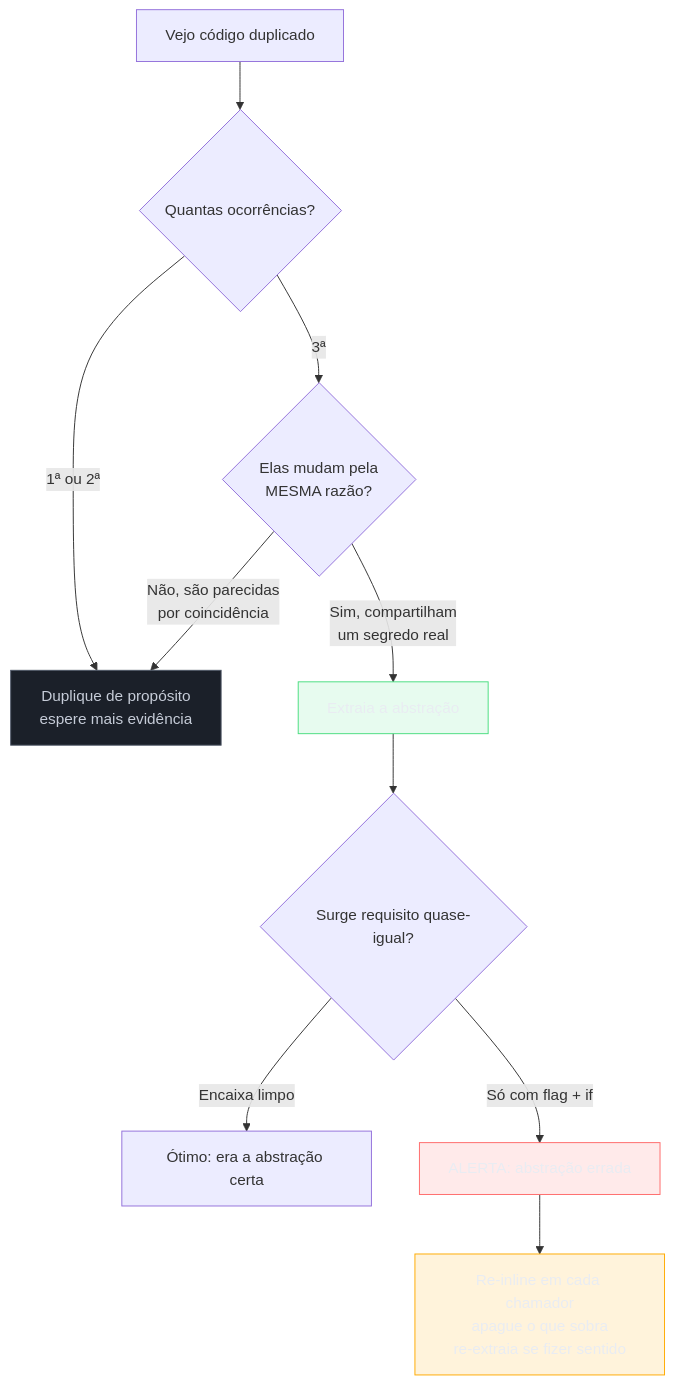
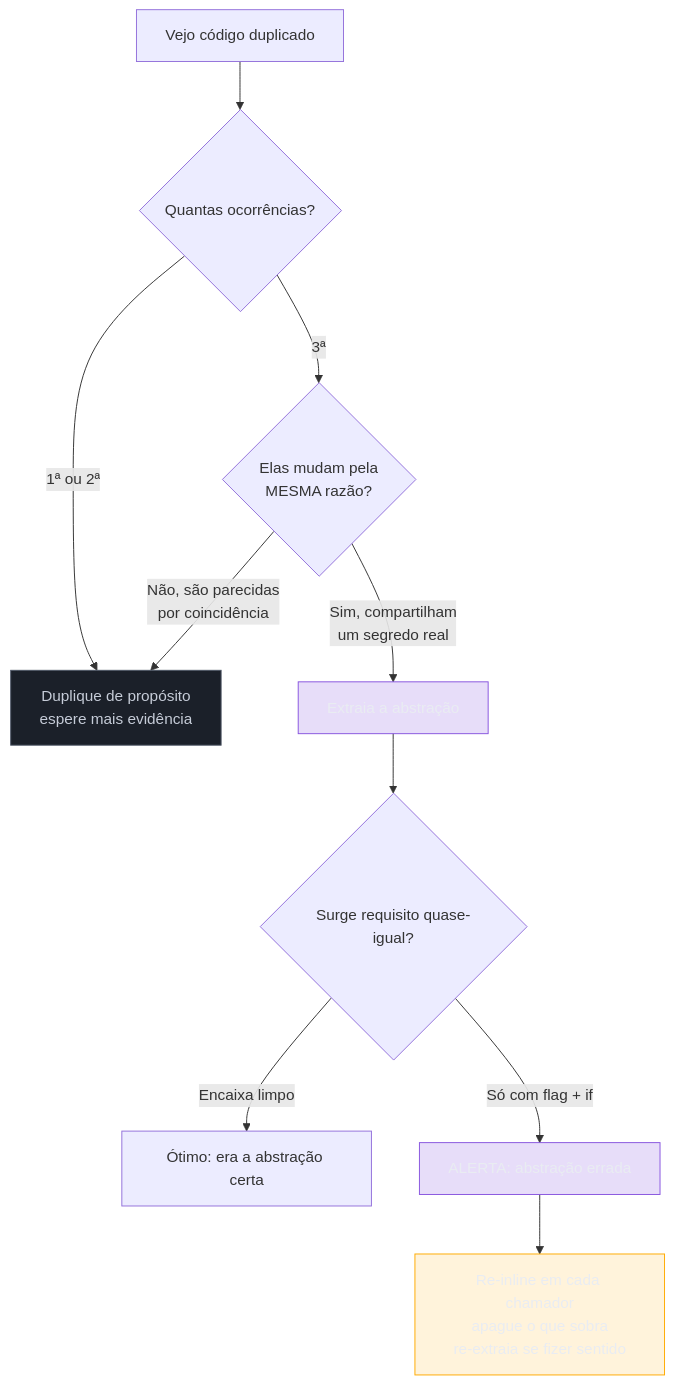
The fourth of 4 diagrams in 03-Dominios/Engenharia/Complexidade de Software/05 - Abstração - a ferramenta central.md (josenaldo/codex-technomanticus), drawn with Mermaid before and after one commit. The commit also changed other lines of this file and 601 other files, not shown here.

````diff
--- a/03-Dominios/Engenharia/Complexidade de Software/05 - Abstração - a ferramenta central.md
+++ b/03-Dominios/Engenharia/Complexidade de Software/05 - Abstração - a ferramenta central.md
@@ -451,20 +451,19 @@
 ```mermaid
 flowchart TD
+    classDef marca fill:#8855DF33,stroke:#8855DF,color:#E9ECF2
     classDef neutro fill:#1B2029,stroke:#4E5666,color:#C6CCD8
-    classDef ok fill:#4ADE8021,stroke:#4ADE80,color:#E9ECF2
-    classDef falha fill:#FF6B6B24,stroke:#FF6B6B,color:#E9ECF2
     classDef destaque fill:#FFAA0024,stroke:#FFAA00,color:#E9ECF2
     A[Vejo código duplicado] --> B{Quantas ocorrências?}
     B -->|1ª ou 2ª| C[Duplique de propósito\nespere mais evidência]
     B -->|3ª| D{Elas mudam pela\nMESMA razão?}
     D -->|Não, são parecidas\npor coincidência| C
     D -->|Sim, compartilham\num segredo real| E[Extraia a abstração]
     E --> F{Surge requisito quase-igual?}
     F -->|Encaixa limpo| G[Ótimo: era a abstração certa]
     F -->|Só com flag + if| H[ALERTA: abstração errada]
     H --> I[Re-inline em cada chamador\napague o que sobra\nre-extraia se fizer sentido]
     class C neutro
-    class E ok
-    class H falha
+    class E marca
+    class H marca
     class I destaque
 ```
````
